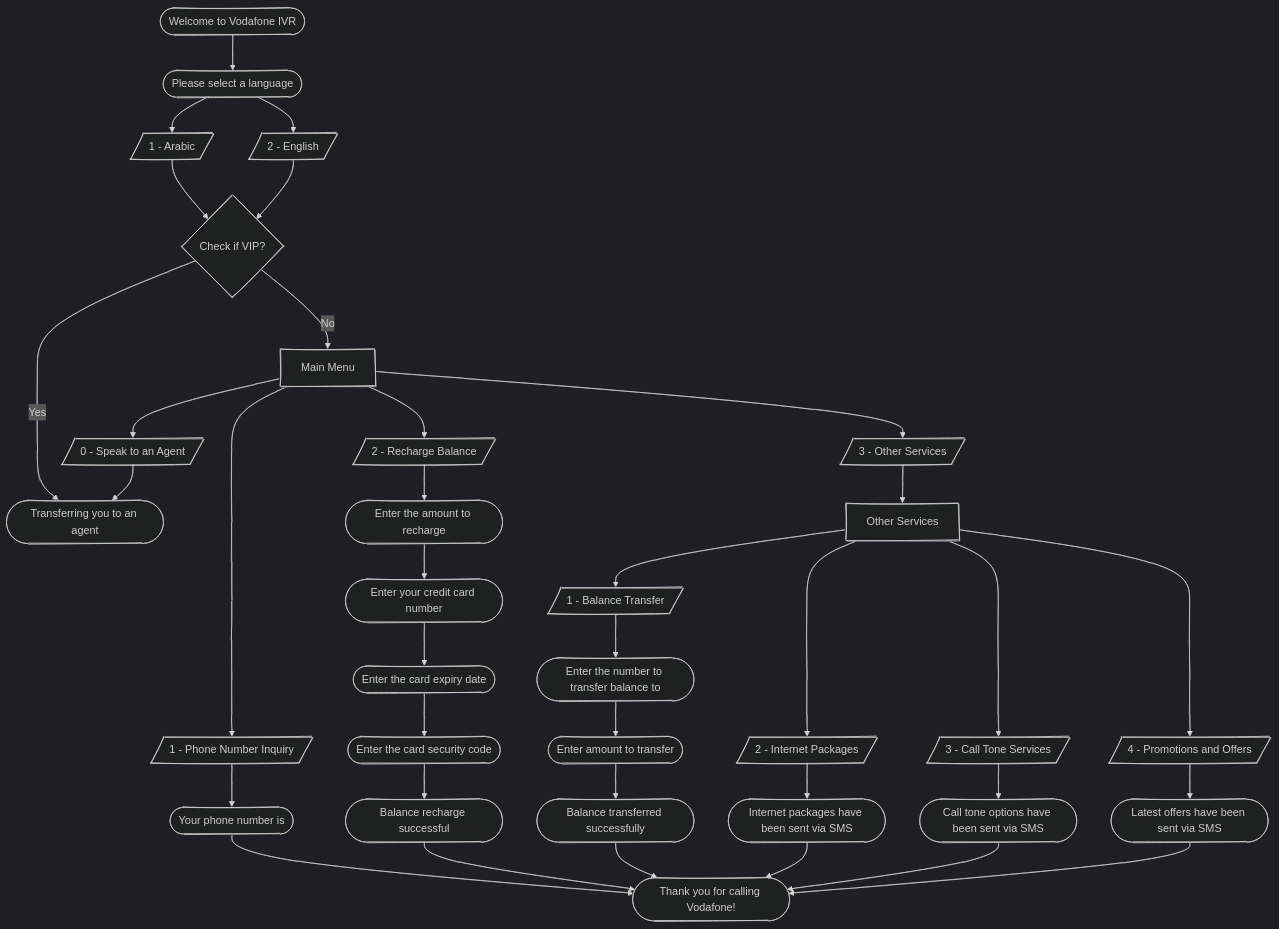
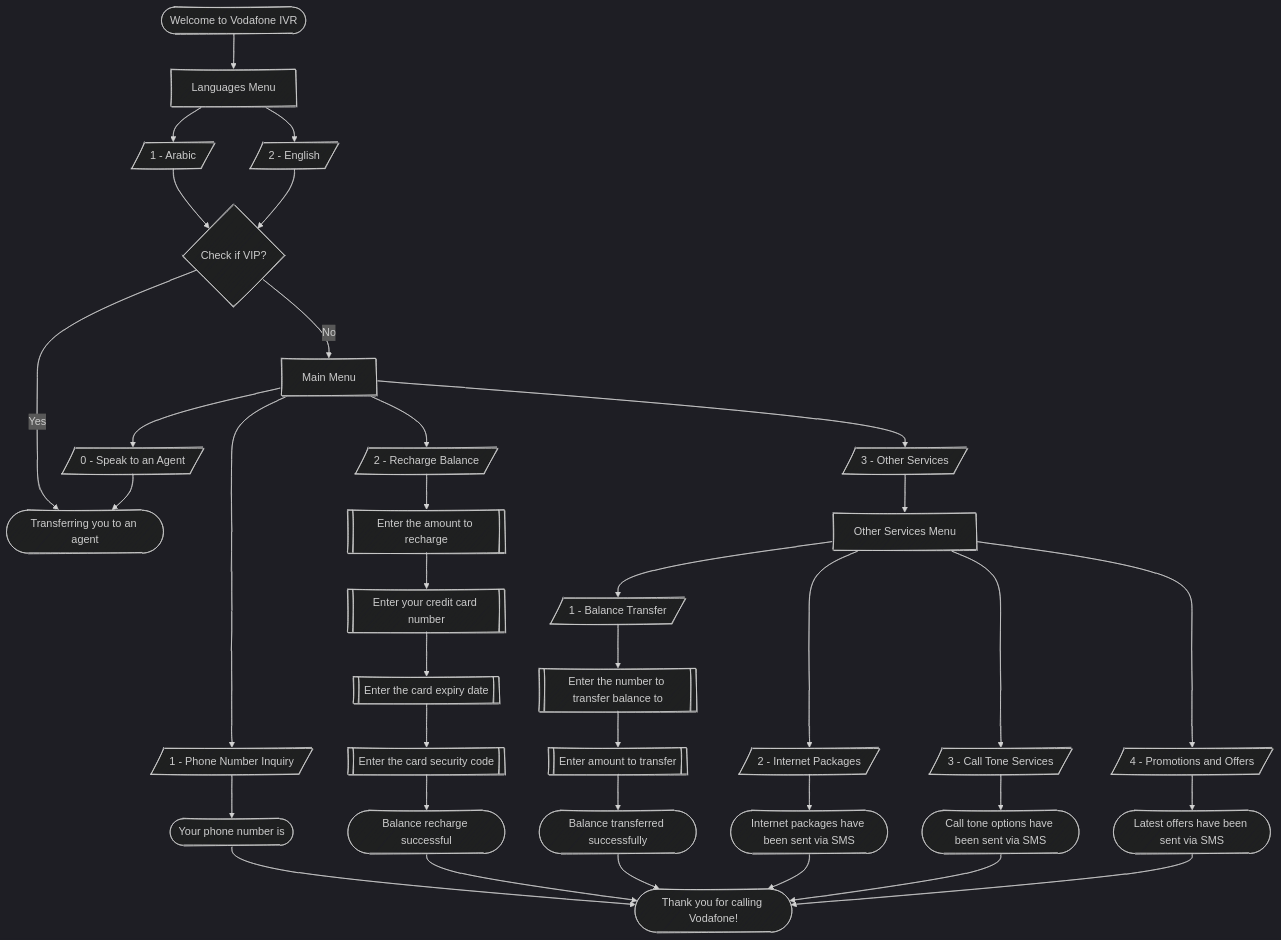
Before and after one commit to moazmohamed20-ist/internship-material: the diagram in Projects/Project 1 - Telecom IVR.md, drawn with Mermaid (dark theme). The commit also changed 4 other files, not shown here.

````diff
--- a/Projects/Project 1 - Telecom IVR.md
+++ b/Projects/Project 1 - Telecom IVR.md
@@ -5,37 +5,37 @@
 ```mermaid
 ---
 config:
   layout: dagre
   look: handDrawn
 ---
 flowchart TD
-    A(["Welcome to Vodafone IVR"]) --> A1(["Please select a language"])
+    A(["Welcome to Vodafone IVR"]) --> A1["Languages Menu"]
     A1 --> L1[/"1 - Arabic"/] & L2[/"2 - English"/]
 
     L1 --> V{"Check if VIP?"}
     L2 --> V
     V -- Yes --> K(["Transferring you to an agent"])
 
     V -- No --> B["Main Menu"]
     B --> C1[/"1 - Phone Number Inquiry"/] & C2[/"2 - Recharge Balance"/] & C3[/"3 - Other Services"/] & C4[/"0 - Speak to an Agent"/]
 
     C1 --> D1(["Your phone number is"])
     D1 --> Z(["Thank you for calling Vodafone!"])
 
-    C2 --> E1(["Enter the amount to recharge"])
-    E1 --> E2(["Enter your credit card number"])
-    E2 --> E3(["Enter the card expiry date"])
-    E3 --> E4(["Enter the card security code"])
+    C2 --> E1[["Enter the amount to recharge"]]
+    E1 --> E2[["Enter your credit card number"]]
+    E2 --> E3[["Enter the card expiry date"]]
+    E3 --> E4[["Enter the card security code"]]
     E4 --> RS(["Balance recharge successful"]) --> Z
 
-    C3 --> H1["Other Services"]
+    C3 --> H1["Other Services Menu"]
     H1 --> I1[/"1 - Balance Transfer"/] & I2[/"2 - Internet Packages"/] & I3[/"3 - Call Tone Services"/] & I4[/"4 - Promotions and Offers"/]
-    I1 --> BT1(["Enter the number to transfer balance to"])
-    BT1 --> BT2(["Enter amount to transfer"])
+    I1 --> BT1[["Enter the number to transfer balance to"]]
+    BT1 --> BT2[["Enter amount to transfer"]]
     BT2 --> BT3(["Balance transferred successfully"]) --> Z
     I2 --> IS(["Internet packages have been sent via SMS"]) --> Z
     I3 --> CS(["Call tone options have been sent via SMS"]) --> Z
     I4 --> PS(["Latest offers have been sent via SMS"]) --> Z
 
     C4 --> K
 ```
````
